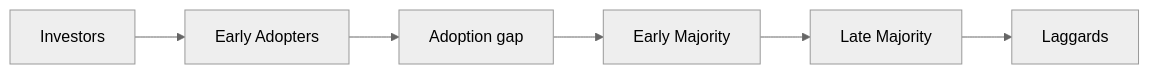
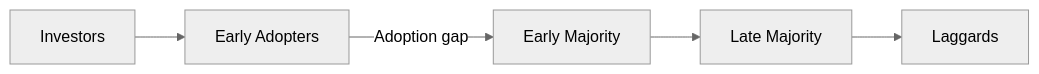
Before and after one commit to petrovs12/PublicPersonalKnowledgeBase: the diagram in vault/seed.Product Management.Strategic Understanding of The Company.md, drawn with Mermaid (neutral theme). The commit also changed other lines of this file and 13 other files, not shown here.

````diff
--- a/vault/seed.Product Management.Strategic Understanding of The Company.md
+++ b/vault/seed.Product Management.Strategic Understanding of The Company.md
@@ -94,4 +86,4 @@
 ```mermaid
 graph LR;
-a[Investors]-->b[Early Adopters]-->c[Adoption gap]-->d[Early Majority]-->e[Late Majority]-->f[Laggards]
+a[Investors]-->b[Early Adopters]--Adoption gap-->d[Early Majority]-->e[Late Majority]-->f[Laggards]
 ```
````
